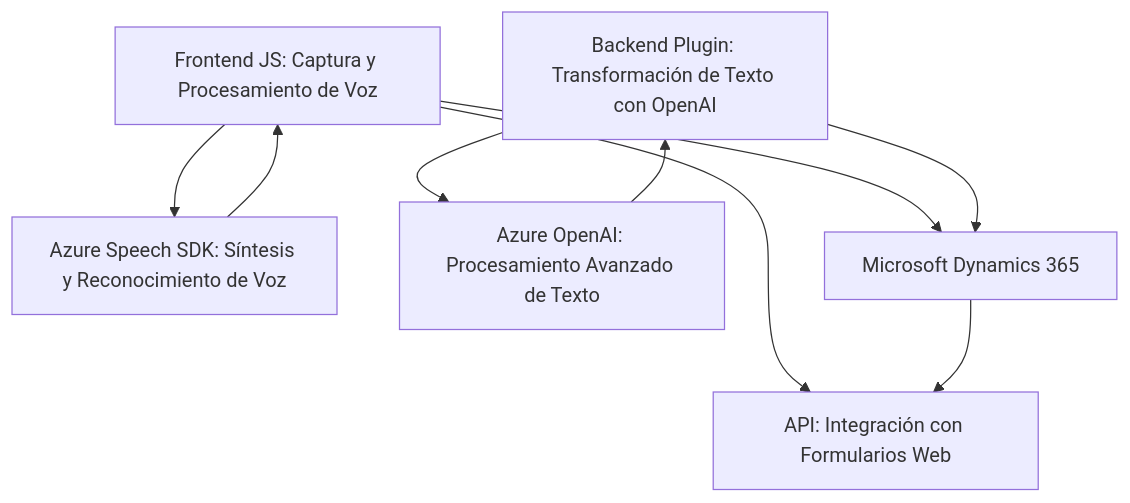
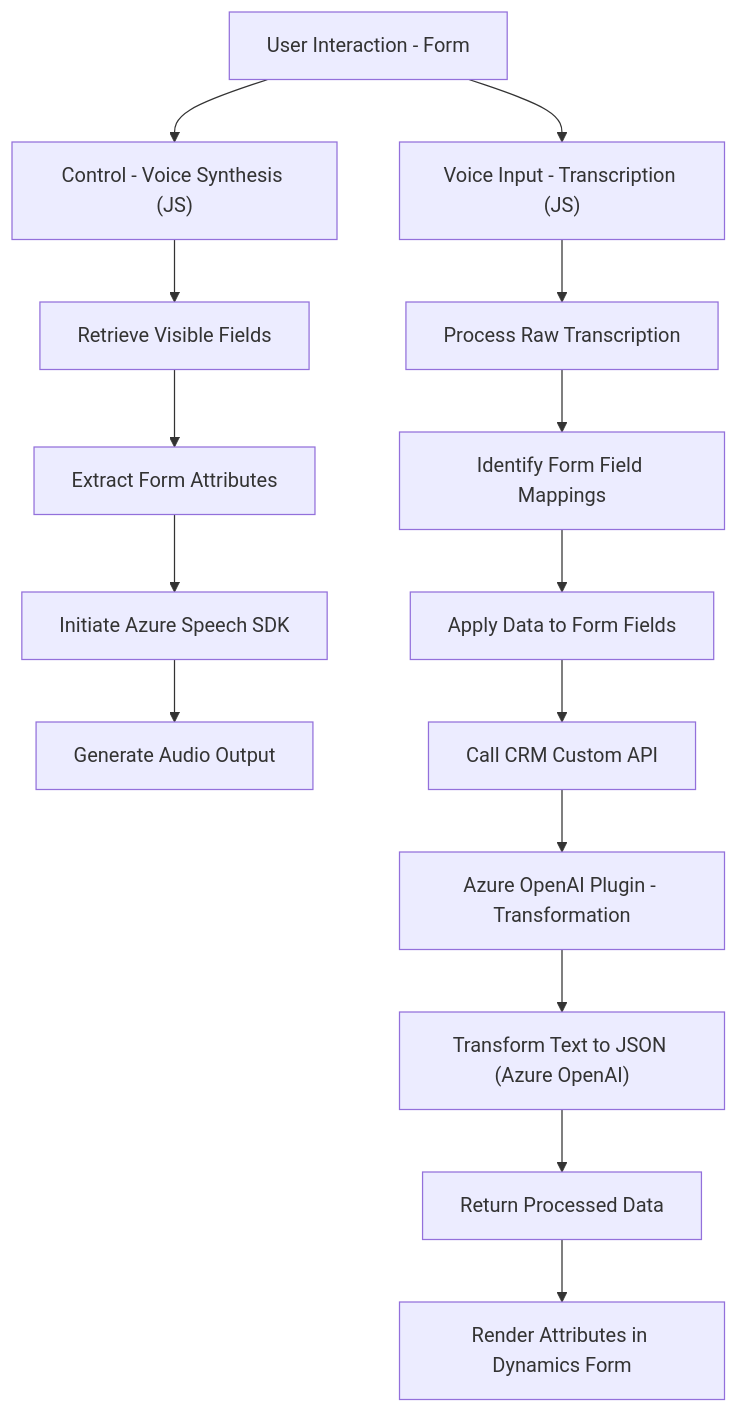
Before and after one commit to blopezdm/NETCORE_BILBAO2025: the diagram in README.md, drawn with Mermaid. The commit also changed other lines of this file, not shown here.

Commit message:
Actualizar análisis global de la solución con IA

````diff
--- a/README.md
+++ b/README.md
@@ -41,18 +50,20 @@
 ```mermaid
 graph TD
-    A["Frontend JS: Captura y Procesamiento de Voz"]
-    B["Backend Plugin: Transformación de Texto con OpenAI"]
-    C["Azure Speech SDK: Síntesis y Reconocimiento de Voz"]
-    D["Azure OpenAI: Procesamiento Avanzado de Texto"]
-    E["Microsoft Dynamics 365"]
-    F["API: Integración con Formularios Web"]
+    A["User Interaction - Form"] --> B["Control - Voice Synthesis (JS)"]
+    B --> C["Retrieve Visible Fields"]
+    C --> D["Extract Form Attributes"]
+    D --> E["Initiate Azure Speech SDK"]
+    E --> F["Generate Audio Output"]
+    
+    A --> G["Voice Input - Transcription (JS)"]
+    G --> H["Process Raw Transcription"]
+    H --> I["Identify Form Field Mappings"]
+    I --> J["Apply Data to Form Fields"]
+    J --> K["Call CRM Custom API"]
 
-    A --> E
-    A --> F
-    A --> C
-    B --> D
-    B --> E
-    D --> B
-    C --> A
-    E --> F
+    K --> L["Azure OpenAI Plugin - Transformation"]
+    L --> M["Transform Text to JSON (Azure OpenAI)"]
+    M --> N["Return Processed Data"]
+    
+    N --> O["Render Attributes in Dynamics Form"]
 ```
````
